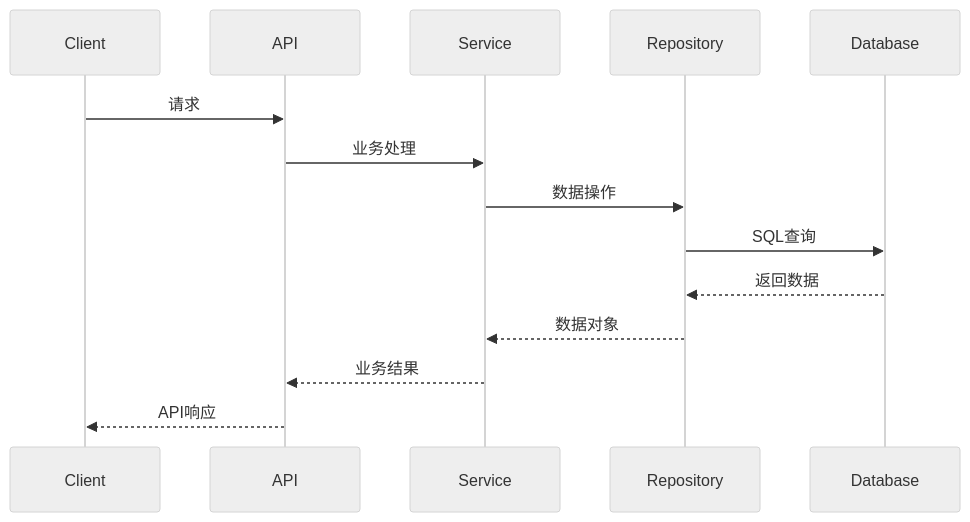
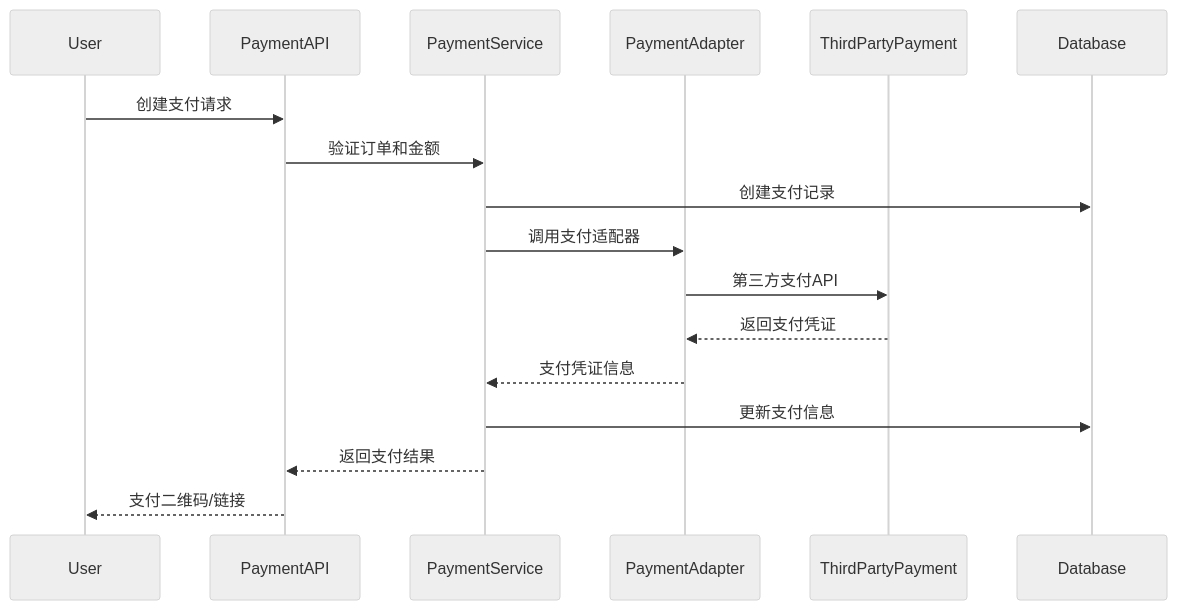
Before and after one commit to HaoranTong/ecommerce_platform: the second of 4 diagrams in docs/modules/payment-service/design.md, drawn with Mermaid (neutral theme). The commit also changed other lines of this file and 3 other files, not shown here.

````diff
--- a/docs/modules/payment-service/design.md
+++ b/docs/modules/payment-service/design.md
@@ -115,17 +192,20 @@
 ```mermaid
 sequenceDiagram
-    participant C as Client
-    participant A as API
-    participant S as Service
-    participant R as Repository
-    participant D as Database
+    participant U as User
+    participant API as PaymentAPI
+    participant S as PaymentService  
+    participant A as PaymentAdapter
+    participant TP as ThirdPartyPayment
+    participant DB as Database
     
-    C->>A: 请求
-    A->>S: 业务处理
-    S->>R: 数据操作
-    R->>D: SQL查询
-    D-->>R: 返回数据
-    R-->>S: 数据对象
-    S-->>A: 业务结果
-    A-->>C: API响应
+    U->>API: 创建支付请求
+    API->>S: 验证订单和金额
+    S->>DB: 创建支付记录
+    S->>A: 调用支付适配器
+    A->>TP: 第三方支付API
+    TP-->>A: 返回支付凭证
+    A-->>S: 支付凭证信息
+    S->>DB: 更新支付信息
+    S-->>API: 返回支付结果
+    API-->>U: 支付二维码/链接
 ```
````
